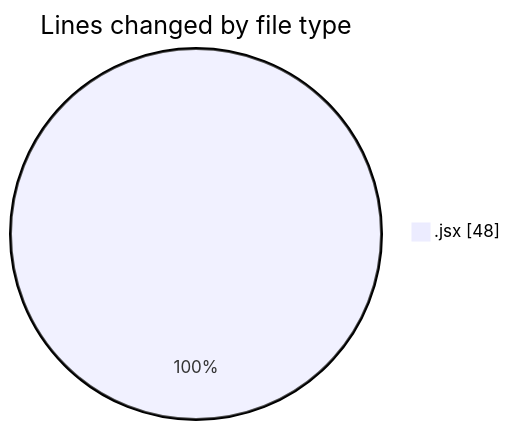
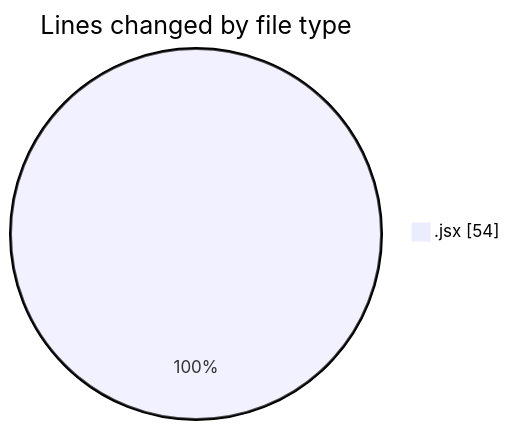
Before and after one commit to Elitesun/code-tracking: the first of 2 diagrams in 2025-01-29/react/README.md, drawn with Mermaid. The commit also changed other lines of this file and 1 other file, not shown here.

````diff
--- a/2025-01-29/react/README.md
+++ b/2025-01-29/react/README.md
@@ -23,5 +23,5 @@
 ```mermaid
 pie showData
 title Lines changed by file type
-".jsx" : 48
+".jsx" : 54
 ```
````
